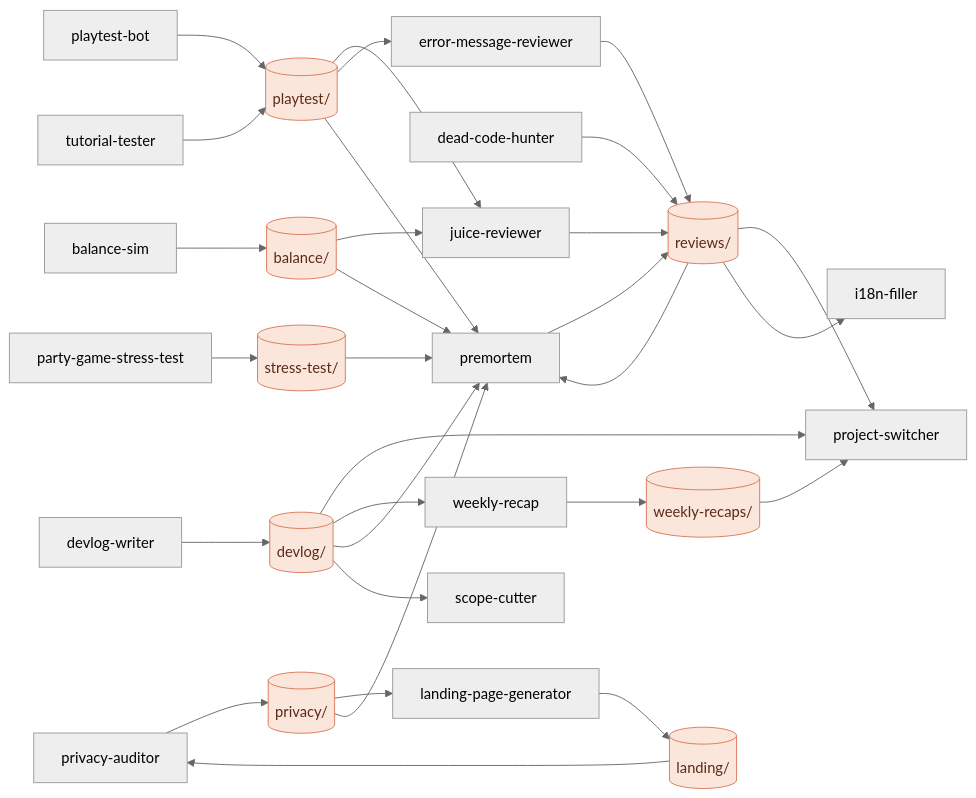
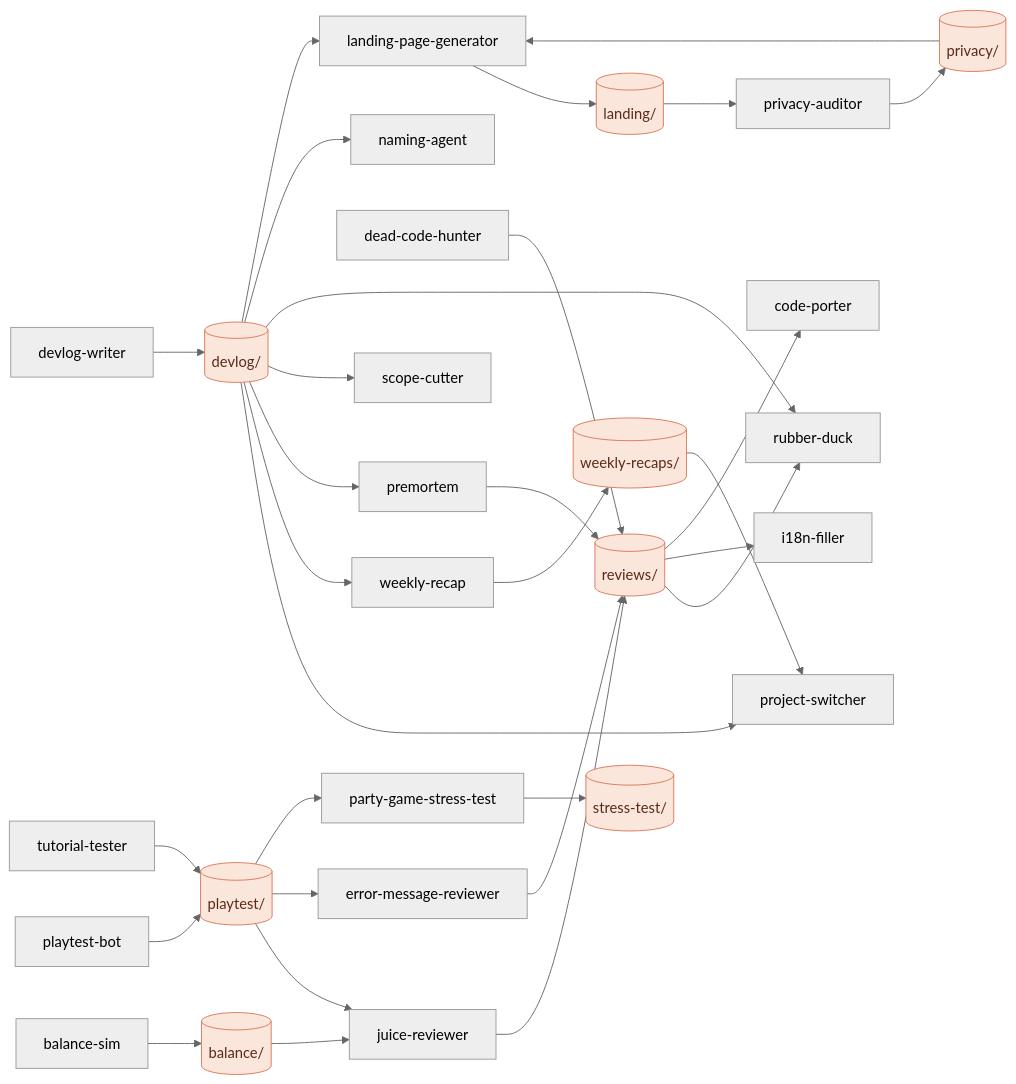
Before and after one commit to ISenseHostility/jarno-plugins: the diagram in README.md, drawn with Mermaid (neutral theme). The commit also changed other lines of this file and 4 other files, not shown here.

````diff
--- a/README.md
+++ b/README.md
@@ -66,36 +111,36 @@
 ```mermaid
 flowchart LR
   devlogw[devlog-writer] --> devlog[(devlog/)]
   playtest_bot[playtest-bot] --> playtest[(playtest/)]
   tutorial[tutorial-tester] --> playtest
   balance_sim[balance-sim] --> balance[(balance/)]
   stress_test[party-game-stress-test] --> stress[(stress-test/)]
   privacy_aud[privacy-auditor] --> privacy[(privacy/)]
   errors[error-message-reviewer] --> reviews[(reviews/)]
   dead[dead-code-hunter] --> reviews
   juice[juice-reviewer] --> reviews
   premortem[premortem] --> reviews
   landing_gen[landing-page-generator] --> landing[(landing/)]
   recap[weekly-recap] --> recaps[(weekly-recaps/)]
 
   devlog --> switcher[project-switcher]
   devlog --> recap
   devlog --> premortem
   devlog --> scope[scope-cutter]
-  reviews --> premortem
-  reviews --> switcher
+  devlog --> duck[rubber-duck]
+  devlog --> naming[naming-agent]
+  devlog --> landing_gen
+  reviews --> duck
   reviews --> i18n[i18n-filler]
+  reviews --> porter[code-porter]
   playtest --> juice
   playtest --> errors
-  playtest --> premortem
+  playtest --> stress_test
   balance --> juice
-  balance --> premortem
-  stress --> premortem
   privacy --> landing_gen
-  privacy --> premortem
   landing --> privacy_aud
   recaps --> switcher
 
   classDef folder fill:#FBE6DC,stroke:#D97757,color:#5A2A17
   class devlog,playtest,balance,stress,privacy,reviews,landing,recaps folder
 ```
````
